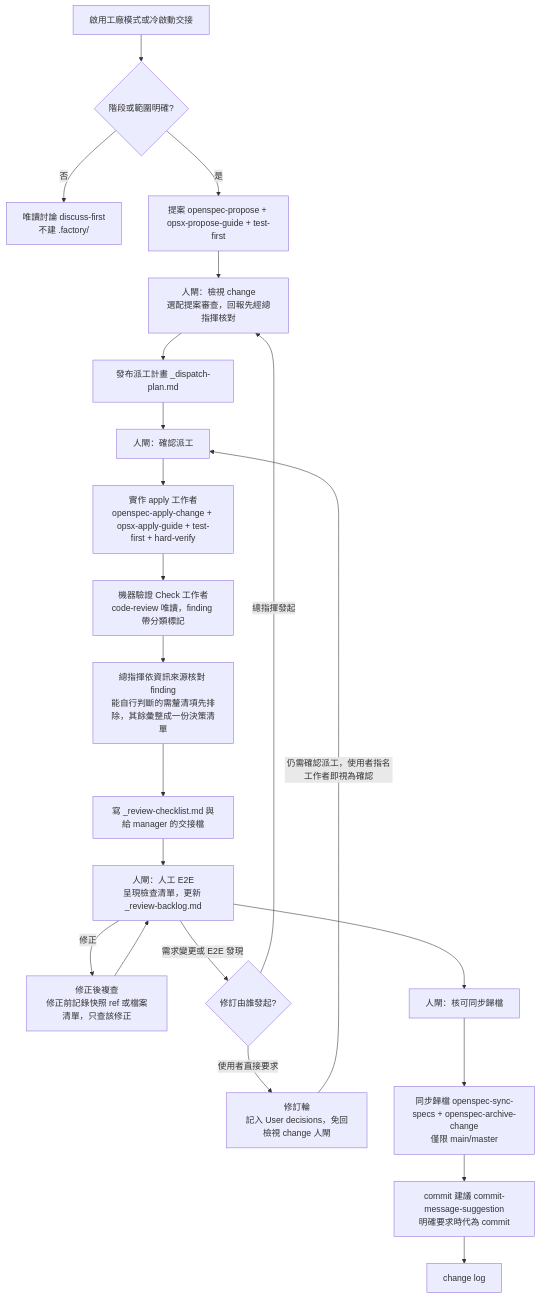
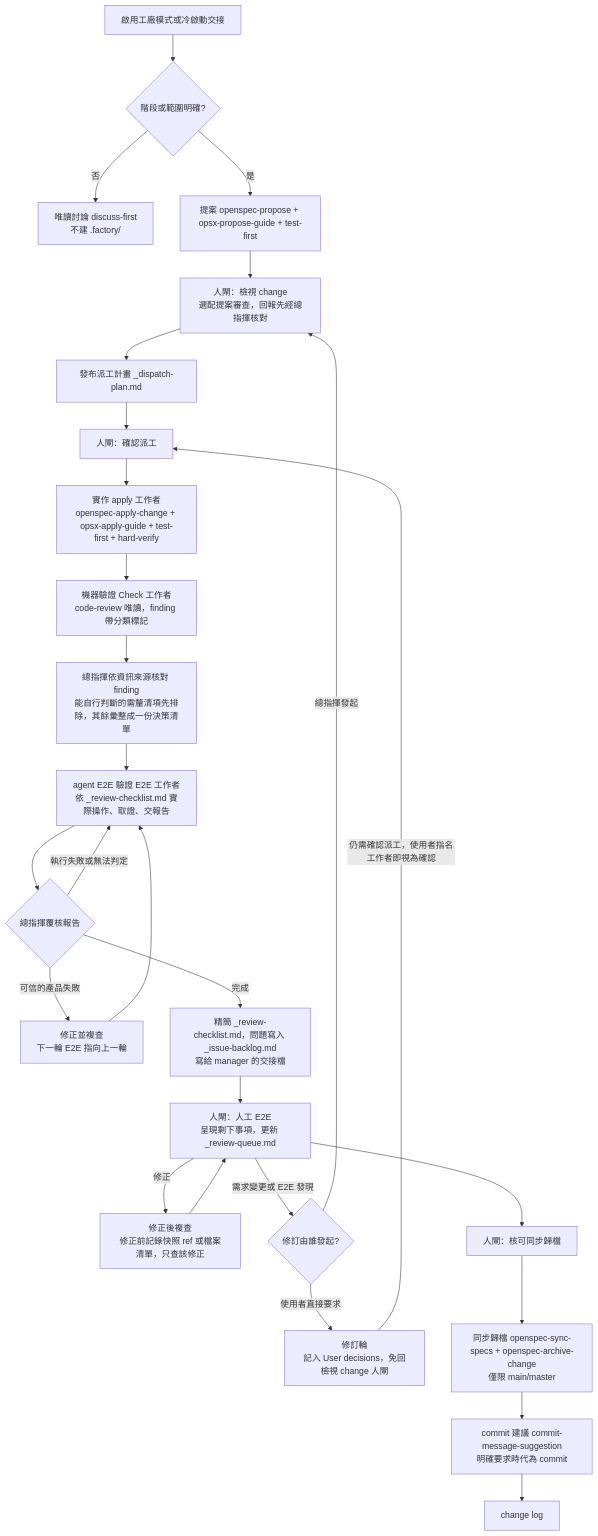
One commit to nekojuice/.agents changed the first of 3 diagrams in orchestrator-factory-readme.md. Above: the diagram before and after it, drawn with Mermaid. The commit also changed other lines of this file and 12 other files, not shown here.

First line of the commit message:
feat(skill): factory 插入 agent E2E review 並拆分跨 run 清單

````diff
--- a/orchestrator-factory-readme.md
+++ b/orchestrator-factory-readme.md
@@ -84,24 +88,29 @@
 ```mermaid
 flowchart TD
   A[啟用工廠模式或冷啟動交接] --> B{階段或範圍明確?}
   B -- 否 --> D[唯讀討論 discuss-first<br/>不建 .factory/]
   B -- 是 --> P[提案 openspec-propose + opsx-propose-guide + test-first]
   P --> G1[人閘：檢視 change<br/>選配提案審查，回報先經總指揮核對]
   G1 --> DP[發布派工計畫 _dispatch-plan.md]
   DP --> G2[人閘：確認派工]
   G2 --> AP[實作 apply 工作者<br/>openspec-apply-change + opsx-apply-guide + test-first + hard-verify]
   AP --> CK[機器驗證 Check 工作者<br/>code-review 唯讀，finding 帶分類標記]
   CK --> VC[總指揮依資訊來源核對 finding<br/>能自行判斷的需釐清項先排除，其餘彙整成一份決策清單]
-  VC --> HO[寫 _review-checklist.md 與給 manager 的交接檔]
-  HO --> G3[人閘：人工 E2E<br/>呈現檢查清單，更新 _review-backlog.md]
+  VC --> EE[agent E2E 驗證 E2E 工作者<br/>依 _review-checklist.md 實際操作、取證、交報告]
+  EE --> EV{總指揮覆核報告}
+  EV -- 可信的產品失敗 --> FX[修正並複查<br/>下一輪 E2E 指向上一輪]
+  FX --> EE
+  EV -- 執行失敗或無法判定 --> EE
+  EV -- 完成 --> HO[精簡 _review-checklist.md，問題寫入 _issue-backlog.md<br/>寫給 manager 的交接檔]
+  HO --> G3[人閘：人工 E2E<br/>呈現剩下事項，更新 _review-queue.md]
   G3 -- 修正 --> RC[修正後複查<br/>修正前記錄快照 ref 或檔案清單，只查該修正]
   RC --> G3
   G3 -- 需求變更或 E2E 發現 --> AR{修訂由誰發起?}
   AR -- 使用者直接要求 --> AU[修訂輪<br/>記入 User decisions，免回檢視 change 人閘]
   AU -- 仍需確認派工，使用者指名工作者即視為確認 --> G2
   AR -- 總指揮發起 --> G1
   G3 --> G4[人閘：核可同步歸檔]
   G4 --> SY[同步歸檔 openspec-sync-specs + openspec-archive-change<br/>僅限 main/master]
   SY --> CM[commit 建議 commit-message-suggestion<br/>明確要求時代為 commit]
   CM --> CL[change log]
 ```
````
